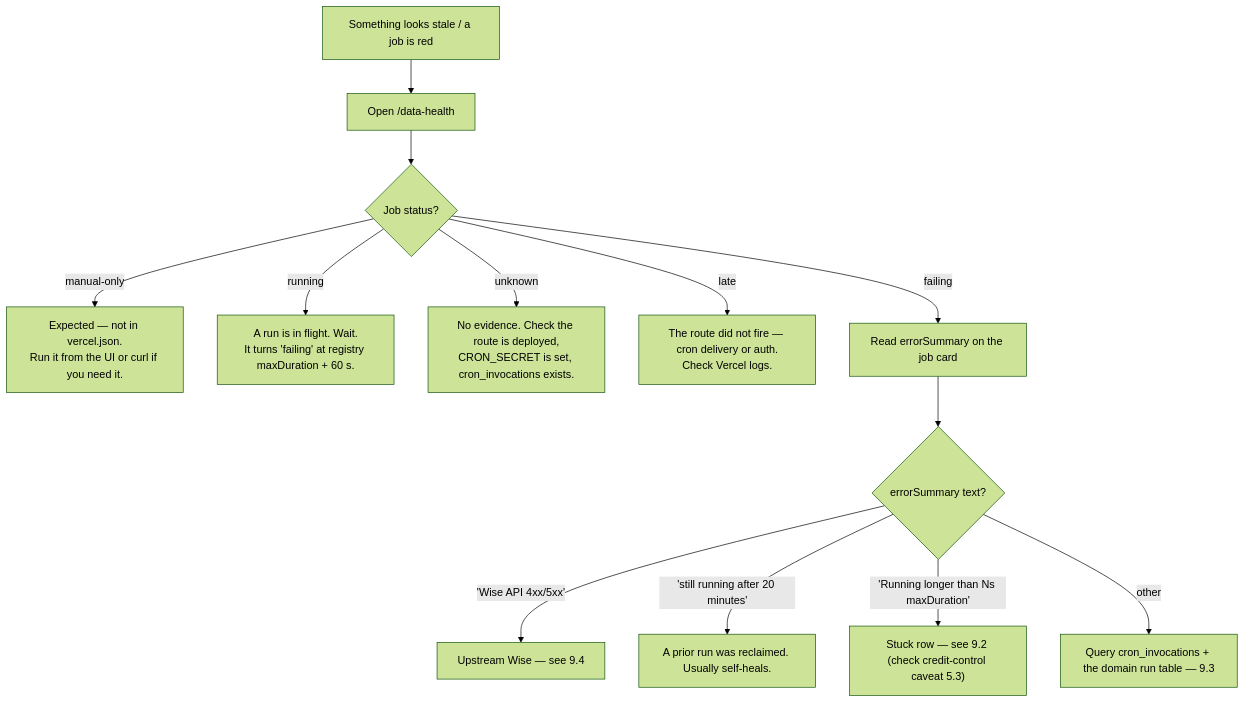
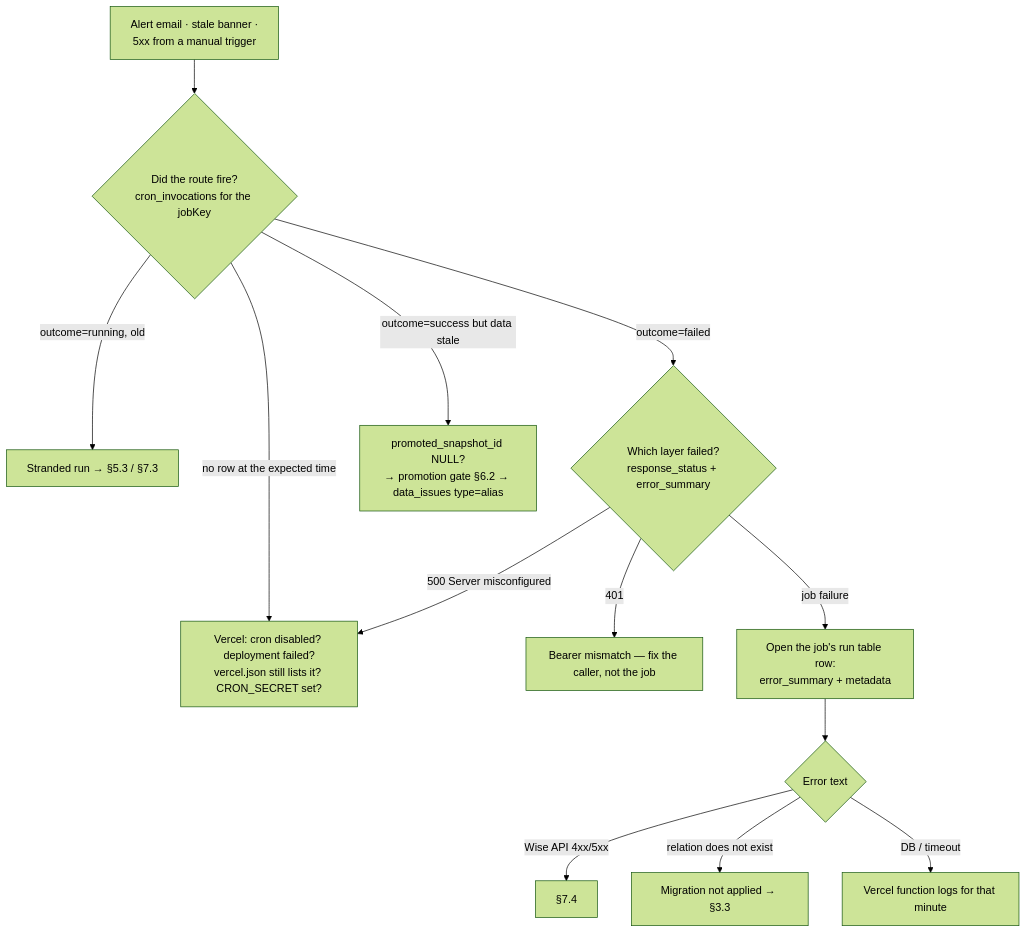
Before and after one commit to kasheesh711/bgscheduler: the fourth of 4 diagrams in docs/operations/runbook.md, drawn with Mermaid (forest theme). The commit also changed other lines of this file and 95 other files, not shown here.

````diff
--- a/docs/operations/runbook.md
+++ b/docs/operations/runbook.md
@@ -937,15 +734,15 @@
 ```mermaid
 flowchart TD
-  A["Something looks stale / a job is red"] --> B["Open /data-health"]
-  B --> C{"Job status?"}
-  C -- "manual-only" --> M["Expected — not in vercel.json.<br/>Run it from the UI or curl if you need it."]
-  C -- "running" --> R["A run is in flight. Wait.<br/>It turns 'failing' at registry maxDuration + 60 s."]
-  C -- "unknown" --> U["No evidence. Check the route is deployed,<br/>CRON_SECRET is set, cron_invocations exists."]
-  C -- "late" --> L["The route did not fire — cron delivery or auth.<br/>Check Vercel logs."]
-  C -- "failing" --> F["Read errorSummary on the job card"]
-  F --> F1{"errorSummary text?"}
-  F1 -- "'Wise API 4xx/5xx'" --> W["Upstream Wise — see 9.4"]
-  F1 -- "'still running after 20 minutes'" --> S["A prior run was reclaimed. Usually self-heals."]
-  F1 -- "'Running longer than Ns maxDuration'" --> T["Stuck row — see 9.2 (check credit-control caveat 5.3)"]
-  F1 -- other --> Q["Query cron_invocations + the domain run table — 9.3"]
+  S["Alert email · stale banner ·<br/>5xx from a manual trigger"] --> Q1{"Did the route fire?<br/>cron_invocations for the jobKey"}
+  Q1 -- "no row at the expected time" --> V["Vercel: cron disabled? deployment failed?<br/>vercel.json still lists it? CRON_SECRET set?"]
+  Q1 -- "outcome=running, old" --> ST["Stranded run → §5.3 / §7.3"]
+  Q1 -- "outcome=failed" --> Q2{"Which layer failed?<br/>response_status + error_summary"}
+  Q2 -- "500 Server misconfigured" --> V
+  Q2 -- "401" --> AUTH["Bearer mismatch — fix the caller, not the job"]
+  Q2 -- "job failure" --> RUN["Open the job's run table row:<br/>error_summary + metadata"]
+  RUN --> Q3{"Error text"}
+  Q3 -- "Wise API 4xx/5xx" --> W["§7.4"]
+  Q3 -- "relation does not exist" --> M["Migration not applied → §3.3"]
+  Q3 -- "DB / timeout" --> L["Vercel function logs for that minute"]
+  Q1 -- "outcome=success but data stale" --> P["promoted_snapshot_id NULL?<br/>→ promotion gate §6.2 → data_issues type=alias"]
 ```
````
